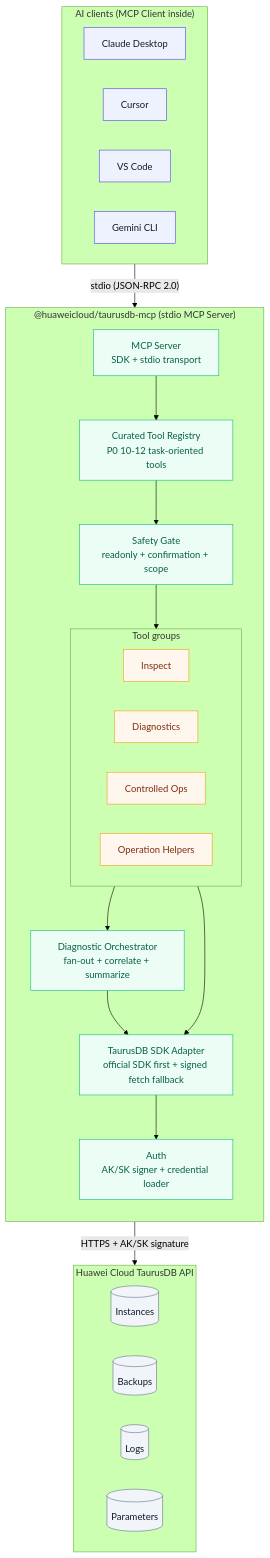
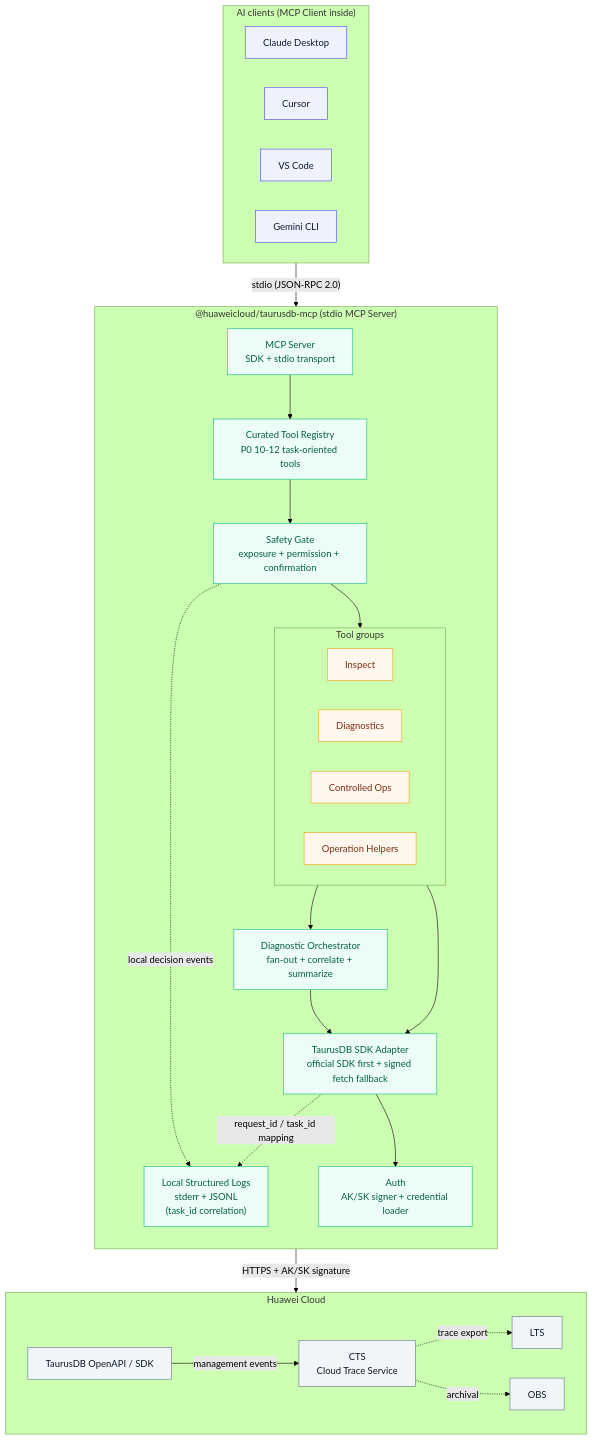
One commit to youweichen0208/blog changed the first of 4 diagrams in docs/projects/taurus-mcp-server/taurusdb-architecture.md. Above: the diagram before and after it, drawn with Mermaid (forest theme). The commit also changed other lines of this file and 1 other file, not shown here.

Commit message:
new changes for taurus mcp server

````diff
--- a/docs/projects/taurus-mcp-server/taurusdb-architecture.md
+++ b/docs/projects/taurus-mcp-server/taurusdb-architecture.md
@@ -36,53 +37,59 @@
 ```mermaid
 flowchart TB
   %% layout
   classDef client fill:#EEF2FF,stroke:#4F46E5,color:#111827;
   classDef core fill:#ECFDF5,stroke:#10B981,color:#065F46;
   classDef tool fill:#FFF7ED,stroke:#F59E0B,color:#7C2D12;
   classDef cloud fill:#F1F5F9,stroke:#64748B,color:#0F172A;
 
   subgraph Clients["AI clients (MCP Client inside)"]
     direction LR
     C1["Claude Desktop"]:::client
     C2["Cursor"]:::client
     C3["VS Code"]:::client
     C4["Gemini CLI"]:::client
   end
 
   subgraph Server["@huaweicloud/taurusdb-mcp (stdio MCP Server)"]
     direction TB
 
     MCP["MCP Server\nSDK + stdio transport"]:::core
     Reg["Curated Tool Registry\nP0 10-12 task-oriented tools"]:::core
-    Gate["Safety Gate\nreadonly + confirmation + scope"]:::core
+    Gate["Safety Gate\nexposure + permission + confirmation"]:::core
     DX["Diagnostic Orchestrator\nfan-out + correlate + summarize"]:::core
+    Local["Local Structured Logs\nstderr + JSONL\n(task_id correlation)"]:::core
 
     subgraph Toolset["Tool groups"]
       direction LR
       T1["Inspect"]:::tool
       T2["Diagnostics"]:::tool
       T3["Controlled Ops"]:::tool
       T4["Operation Helpers"]:::tool
     end
 
     Auth["Auth\nAK/SK signer + credential loader"]:::core
     SDK["TaurusDB SDK Adapter\nofficial SDK first + signed fetch fallback"]:::core
 
     MCP --> Reg --> Gate --> Toolset
+    Gate -. local decision events .-> Local
     Toolset --> DX
     Toolset --> SDK
     DX --> SDK
     SDK --> Auth
+    SDK -. request_id / task_id mapping .-> Local
   end
 
-  subgraph Huawei["Huawei Cloud TaurusDB API"]
+  subgraph Huawei["Huawei Cloud"]
     direction LR
-    DB1[("Instances")]:::cloud
-    DB2[("Backups")]:::cloud
-    DB3[("Logs")]:::cloud
-    DB4[("Parameters")]:::cloud
+    API["TaurusDB OpenAPI / SDK"]:::cloud
+    CTS["CTS\nCloud Trace Service"]:::cloud
+    LTS["LTS"]:::cloud
+    OBS["OBS"]:::cloud
   end
 
   Clients -->|"stdio (JSON-RPC 2.0)"| MCP
-  SDK -->|"HTTPS + AK/SK signature"| Huawei
+  SDK -->|"HTTPS + AK/SK signature"| API
+  API -->|"management events"| CTS
+  CTS -. trace export .-> LTS
+  CTS -. archival .-> OBS
 ```
````
